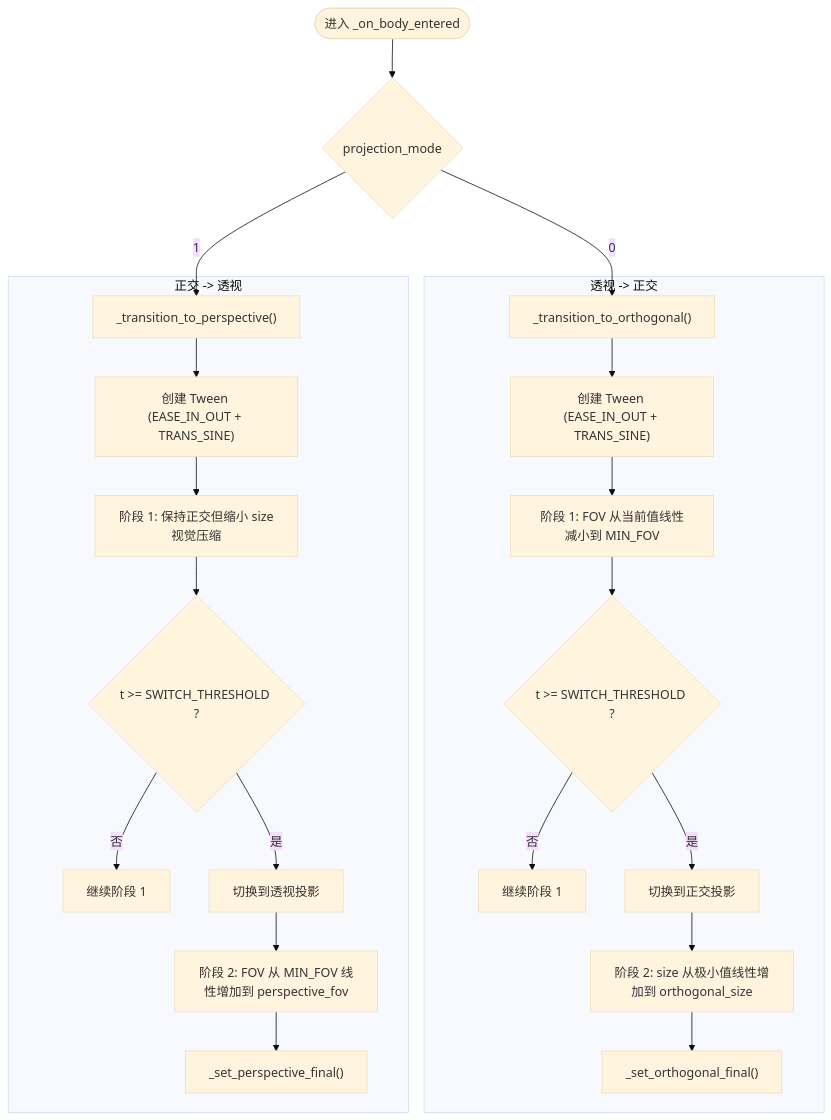
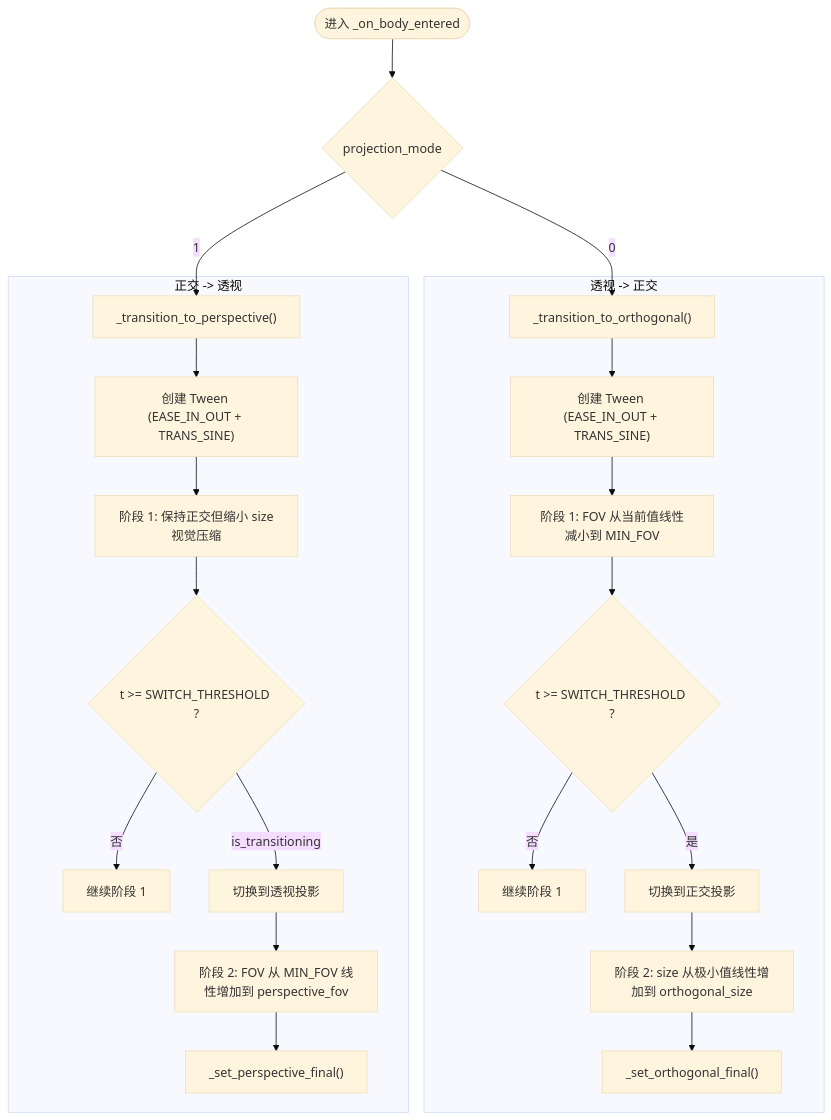
The fourth of 8 diagrams in .qoder/repowiki/zh/content/游戏系统/触发器系统/相机触发器.md (godotline/godot-line), drawn with Mermaid (base theme) before and after one commit. The commit also changed other lines of this file and 212 other files, not shown here.

````diff
--- a/.qoder/repowiki/zh/content/游戏系统/触发器系统/相机触发器.md
+++ b/.qoder/repowiki/zh/content/游戏系统/触发器系统/相机触发器.md
@@ -226,24 +261,24 @@
 ```mermaid
 flowchart TD
 Enter(["进入 _on_body_entered"]) --> Mode{"projection_mode"}
 Mode --> |0| ToOrtho["_transition_to_orthogonal()"]
 Mode --> |1| ToPersp["_transition_to_perspective()"]
 subgraph "透视 -> 正交"
 ToOrtho --> CreateTween1["创建 Tween (EASE_IN_OUT + TRANS_SINE)"]
 CreateTween1 --> Stage1FOV["阶段 1: FOV 从当前值线性减小到 MIN_FOV"]
 Stage1FOV --> Threshold{"t >= SWITCH_THRESHOLD ?"}
 Threshold --> |否| Loop1["继续阶段 1"]
 Threshold --> |是| SwitchProj["切换到正交投影"]
 SwitchProj --> Stage2Size["阶段 2: size 从极小值线性增加到 orthogonal_size"]
 Stage2Size --> FinalOrtho["_set_orthogonal_final()"]
 end
 subgraph "正交 -> 透视"
 ToPersp --> CreateTween2["创建 Tween (EASE_IN_OUT + TRANS_SINE)"]
 CreateTween2 --> Stage1Zoom["阶段 1: 保持正交但缩小 size视觉压缩"]
 Stage1Zoom --> Threshold2{"t >= SWITCH_THRESHOLD ?"}
 Threshold2 --> |否| Loop2["继续阶段 1"]
-Threshold2 --> |是| SwitchProj2["切换到透视投影"]
+Threshold2 --> |is_transitioning| SwitchProj2["切换到透视投影"]
 SwitchProj2 --> Stage2FOV["阶段 2: FOV 从 MIN_FOV 线性增加到 perspective_fov"]
 Stage2FOV --> FinalPersp["_set_perspective_final()"]
 end
 ```
````
